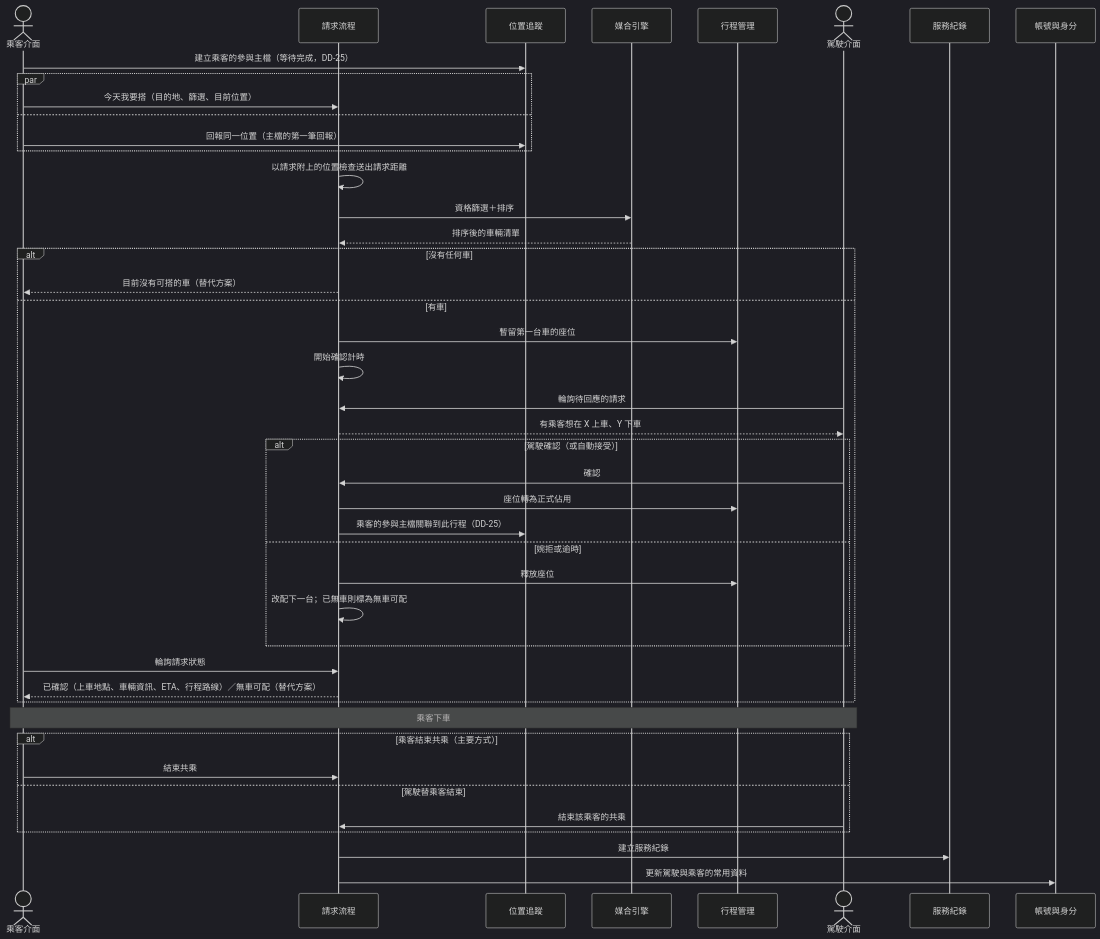
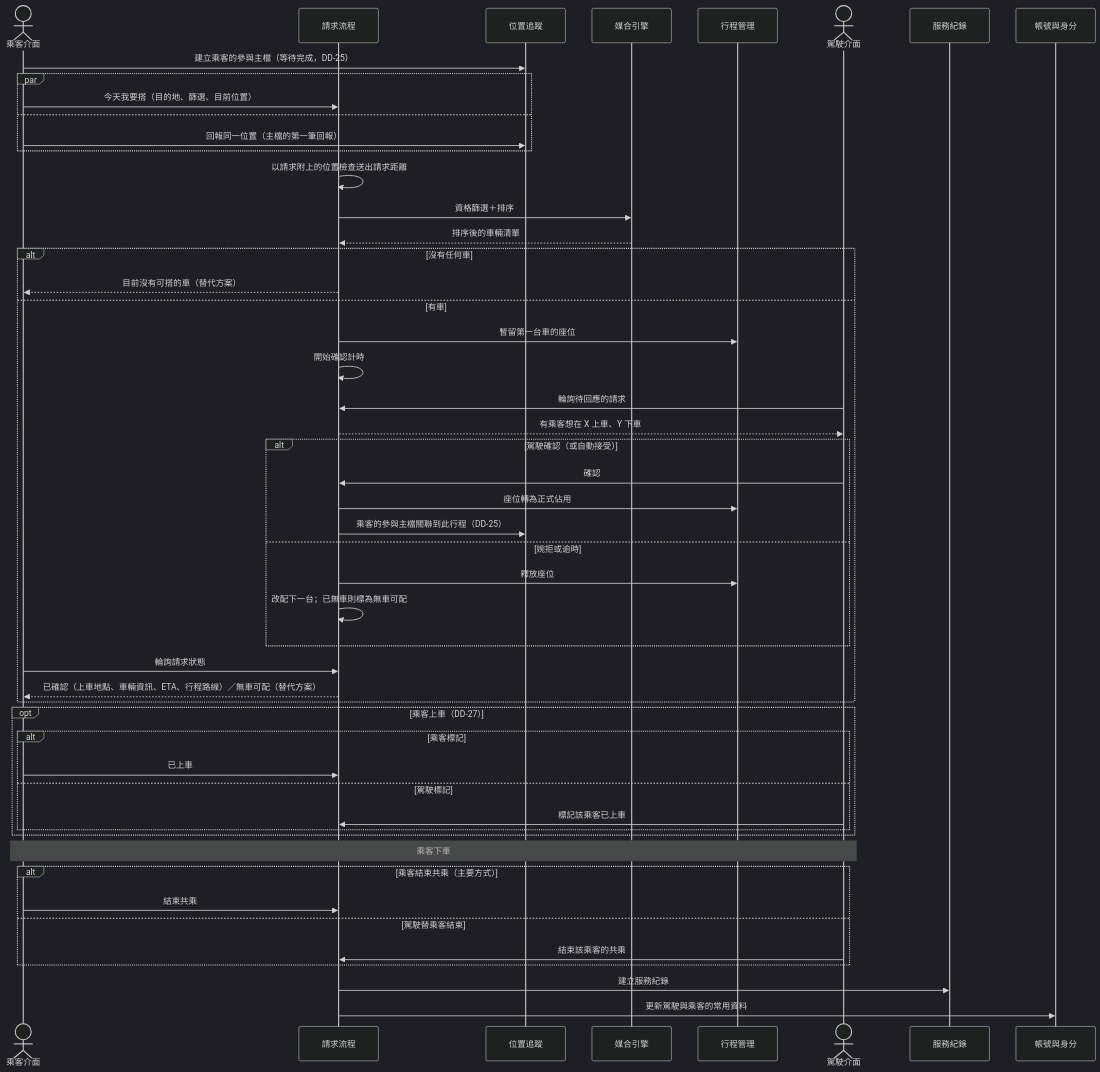
Diagram 13 of 13 in docs/design.md (sohoffice/debugthon-carpool), drawn with Mermaid (dark theme) before and after one commit. The commit also changed other lines of this file and 1 other file, not shown here.

````diff
--- a/docs/design.md
+++ b/docs/design.md
@@ -1050,47 +1065,54 @@
 ```mermaid
 sequenceDiagram
     actor P as 乘客介面
     participant RQ as 請求流程
     participant TRK as 位置追蹤
     participant MAT as 媒合引擎
     participant TRIP as 行程管理
     actor D as 駕駛介面
     participant REC as 服務紀錄
     participant ACC as 帳號與身分
 
     P->>TRK: 建立乘客的參與主檔（等待完成，DD-25）
     par
         P->>RQ: 今天我要搭（目的地、篩選、目前位置）
     and
         P->>TRK: 回報同一位置（主檔的第一筆回報）
     end
     RQ->>RQ: 以請求附上的位置檢查送出請求距離
     RQ->>MAT: 資格篩選＋排序
     MAT-->>RQ: 排序後的車輛清單
     alt 沒有任何車
         RQ-->>P: 目前沒有可搭的車（替代方案）
     else 有車
         RQ->>TRIP: 暫留第一台車的座位
         RQ->>RQ: 開始確認計時
         D->>RQ: 輪詢待回應的請求
         RQ-->>D: 有乘客想在 X 上車、Y 下車
         alt 駕駛確認（或自動接受）
             D->>RQ: 確認
             RQ->>TRIP: 座位轉為正式佔用
             RQ->>TRK: 乘客的參與主檔關聯到此行程（DD-25）
         else 婉拒或逾時
             RQ->>TRIP: 釋放座位
             RQ->>RQ: 改配下一台；已無車則標為無車可配
         end
         P->>RQ: 輪詢請求狀態
         RQ-->>P: 已確認（上車地點、車輛資訊、ETA、行程路線）／無車可配（替代方案）
     end
+    opt 乘客上車（DD-27）
+        alt 乘客標記
+            P->>RQ: 已上車
+        else 駕駛標記
+            D->>RQ: 標記該乘客已上車
+        end
+    end
     Note over P,D: 乘客下車
     alt 乘客結束共乘（主要方式）
         P->>RQ: 結束共乘
     else 駕駛替乘客結束
         D->>RQ: 結束該乘客的共乘
     end
     RQ->>REC: 建立服務紀錄
     RQ->>ACC: 更新駕駛與乘客的常用資料
 ```
````
